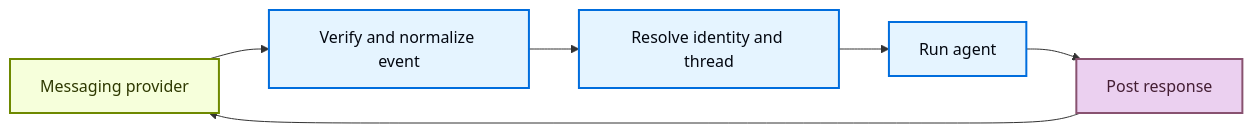
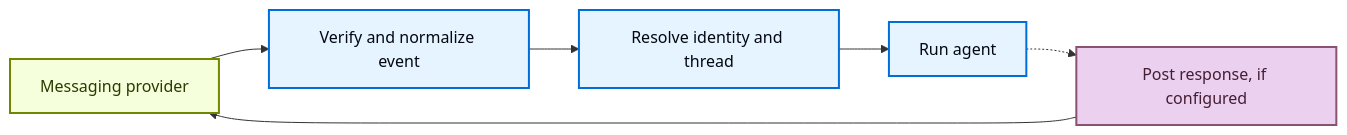
One commit to langchain-ai/docs changed the diagram in src/langsmith/managed-deep-agents-channels.mdx. Above: the diagram before and after it, drawn with Mermaid. The commit also changed other lines of this file and 2 other files, not shown here.

````diff
--- a/src/langsmith/managed-deep-agents-channels.mdx
+++ b/src/langsmith/managed-deep-agents-channels.mdx
@@ -47,15 +47,15 @@
 ```mermaid
 flowchart LR
     Provider["Messaging provider"] --> Verify["Verify and normalize event"]
     Verify --> Thread["Resolve identity and thread"]
     Thread --> Run["Run agent"]
-    Run --> Reply["Post response"]
+    Run -.-> Reply["Post response, if configured"]
     Reply --> Provider
 
     classDef trigger fill:#F6FFDB,stroke:#6E8900,stroke-width:2px,color:#2E3900;
     classDef process fill:#E5F4FF,stroke:#006DDD,stroke-width:2px,color:#030710;
     classDef output fill:#EBD0F0,stroke:#885270,stroke-width:2px,color:#441E33;
     class Provider trigger;
     class Verify,Thread,Run process;
     class Reply output;
 ```
````
